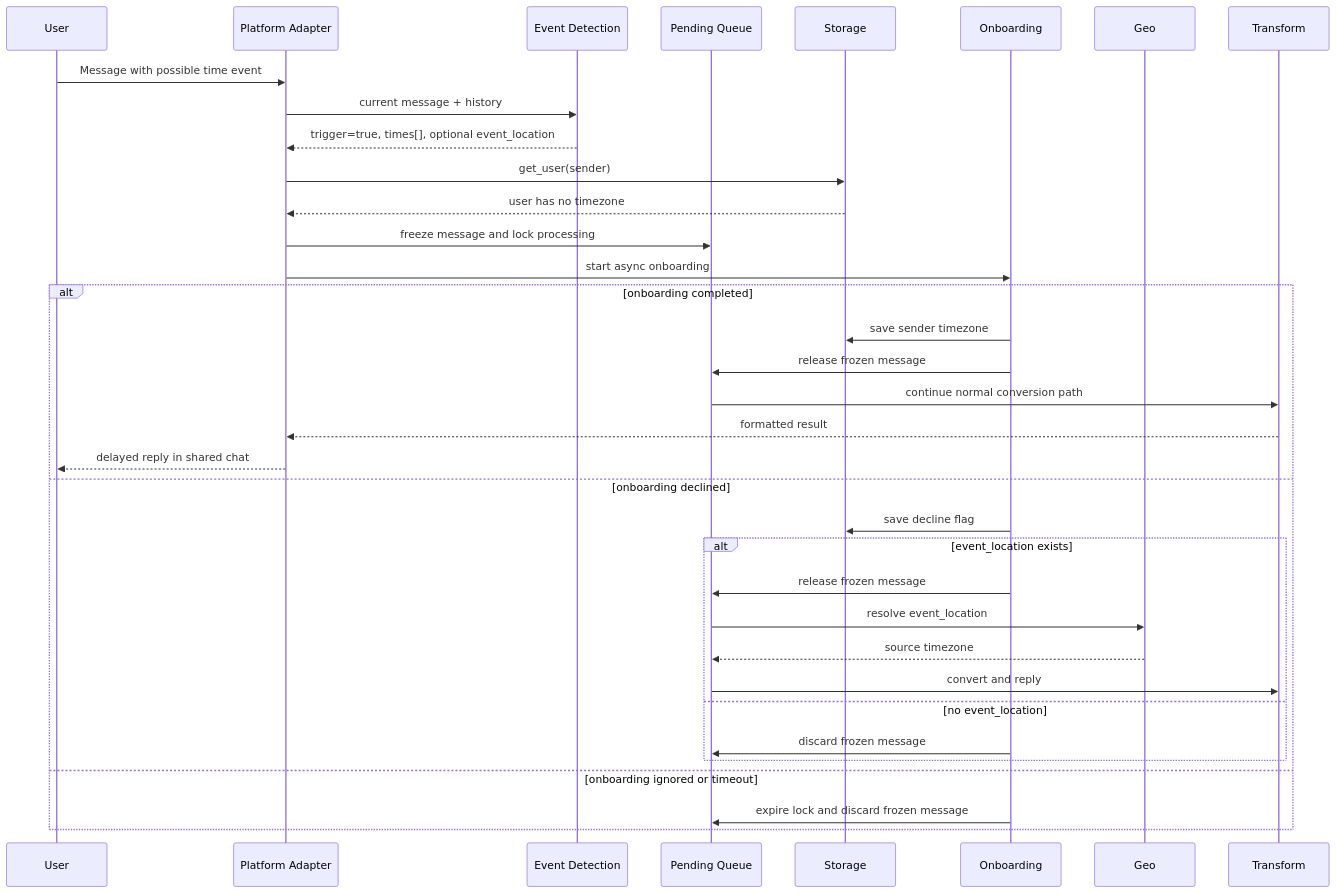
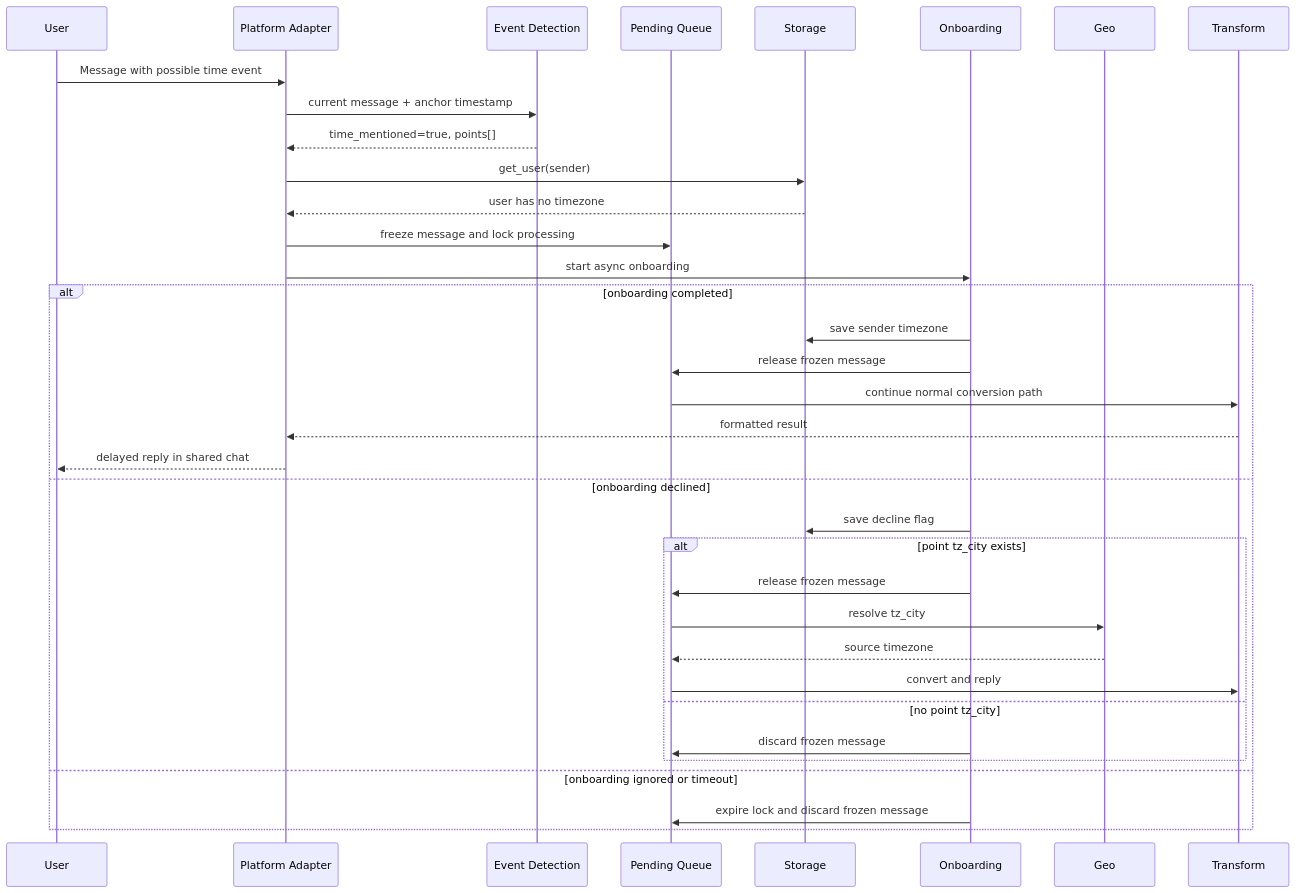
One commit to antlbn/Timezone_bot changed the fourth of 4 diagrams in journal/00_c4.md. Above: the diagram before and after it, drawn with Mermaid. The commit also changed other lines of this file and 20 other files, not shown here.

First line of the commit message:
Refactor onboarding and event detection logic to utilize explicit source-location hints

````diff
--- a/journal/00_c4.md
+++ b/journal/00_c4.md
@@ -141,39 +141,39 @@
 ```mermaid
 sequenceDiagram
     participant User
     participant Adapter as Platform Adapter
     participant LLM as Event Detection
     participant Pending as Pending Queue
     participant Storage
     participant Onboarding
     participant Geo
     participant Transform
 
     User->>Adapter: Message with possible time event
-    Adapter->>LLM: current message + history
-    LLM-->>Adapter: trigger=true, times[], optional event_location
+    Adapter->>LLM: current message + anchor timestamp
+    LLM-->>Adapter: time_mentioned=true, points[]
     Adapter->>Storage: get_user(sender)
     Storage-->>Adapter: user has no timezone
     Adapter->>Pending: freeze message and lock processing
     Adapter->>Onboarding: start async onboarding
 
     alt onboarding completed
         Onboarding->>Storage: save sender timezone
         Onboarding->>Pending: release frozen message
         Pending->>Transform: continue normal conversion path
         Transform-->>Adapter: formatted result
         Adapter-->>User: delayed reply in shared chat
     else onboarding declined
         Onboarding->>Storage: save decline flag
-        alt event_location exists
+        alt point tz_city exists
             Onboarding->>Pending: release frozen message
-            Pending->>Geo: resolve event_location
+            Pending->>Geo: resolve tz_city
             Geo-->>Pending: source timezone
             Pending->>Transform: convert and reply
-        else no event_location
+        else no point tz_city
             Onboarding->>Pending: discard frozen message
         end
     else onboarding ignored or timeout
         Onboarding->>Pending: expire lock and discard frozen message
     end
 ```
````
